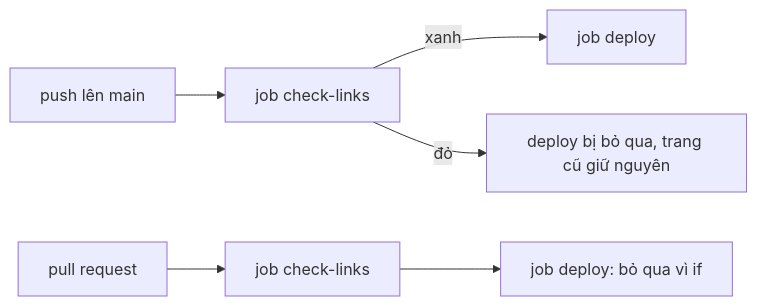
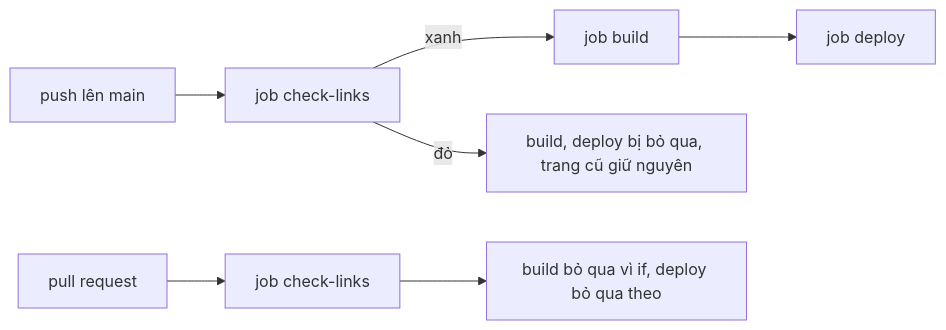
Before and after one commit to hcmute-dsc/learning-hub-track-github-actions-basics: the diagram in tracks/github-actions-basics/modules/02-deploy-pages/lessons/02-link-check.md, drawn with Mermaid. The commit also changed other lines of this file and 25 other files, not shown here.

````diff
--- a/tracks/github-actions-basics/modules/02-deploy-pages/lessons/02-link-check.md
+++ b/tracks/github-actions-basics/modules/02-deploy-pages/lessons/02-link-check.md
@@ -30,8 +30,9 @@
 ```mermaid
 flowchart LR
   P["push lên main"] --> C["job check-links"]
-  C -- xanh --> D["job deploy"]
-  C -- đỏ --> X["deploy bị bỏ qua, trang cũ giữ nguyên"]
+  C -->|"xanh"| B["job build"]
+  B --> D["job deploy"]
+  C -->|"đỏ"| X["build, deploy bị bỏ qua, trang cũ giữ nguyên"]
   PR["pull request"] --> C2["job check-links"]
-  C2 --> S["job deploy: bỏ qua vì if"]
+  C2 --> S["build bỏ qua vì if, deploy bỏ qua theo"]
 ```
````
